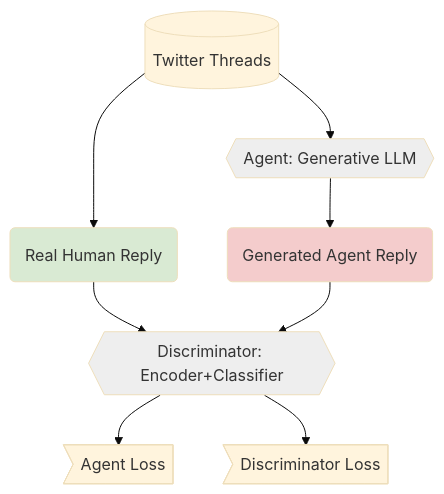
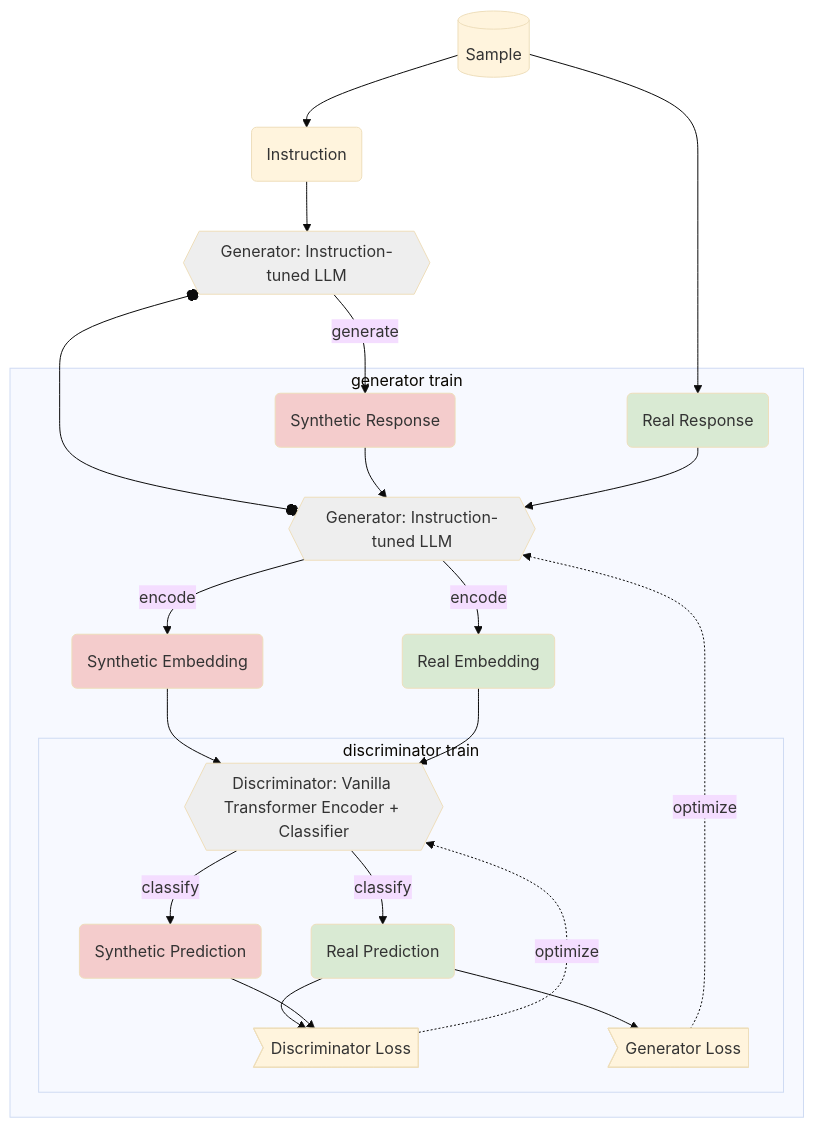
Before and after one commit to simon-muenker/LLM-Reinforcement-GAN: the diagram in README.md, drawn with Mermaid (base theme). The commit also changed 23 other files, not shown here.

````diff
--- a/README.md
+++ b/README.md
@@ -7,20 +7,71 @@
 ```mermaid
 flowchart TD
 
-	A[(Twitter Threads)] --> B{{Agent: Generative LLM}}
-	A --> C(Real Human Reply)
-	B --> D(Generated Agent Reply)
-	C & D --> E{{Discriminator: Encoder+Classifier}}
-	E --> F>Agent Loss]
-	E --> G>Discriminator Loss]
+    data[(Sample)]
+    instruction(Instruction)
+
+    real_response(Real Response)
+    real_embed(Real Embedding)
+    real_prediction(Real Prediction)
+
+    synthetic_response(Synthetic Response)
+    synthetic_embed(Synthetic Embedding)
+    synthetic_prediction(Synthetic Prediction)
+
+    generator{{Generator: Instruction-tuned LLM}}
+    generator_link{{Generator: Instruction-tuned LLM}}
+    generator o--o generator_link
+
+    discriminator{{Discriminator: Vanilla Transformer Encoder + Classifier}}
+
+    loss_discriminator>Discriminator Loss]
+    loss_generator>Generator Loss]
+
+
+	data --> instruction
+    data --> real_response
+
+    instruction --> generator
+	
+    generator -->|generate| synthetic_response
+
+    subgraph train_generator[generator train]
+    
+        synthetic_response --> generator_link
+        real_response --> generator_link
+
+        generator_link -->|encode| synthetic_embed
+        generator_link -->|encode| real_embed
+
+        synthetic_embed & real_embed --> discriminator
+
+        subgraph discriminator train
+            discriminator -->|classify| real_prediction & synthetic_prediction
+
+            real_prediction --> loss_generator
+            real_prediction & synthetic_prediction --> loss_discriminator
+
+            loss_discriminator -.->|optimize| discriminator
+
+            end
+        
+        loss_generator -.->|optimize| generator_link
+    
+    end
+
 
 	classDef model fill:#EEE
-	B:::model
-	E:::model
+	generator:::model
+	discriminator:::model
+    generator_link:::model
 
 	classDef real fill:#d9ead3
-	C:::real
+	real_response:::real
+    real_embed:::real
+    real_prediction:::real
 
 	classDef fake fill:#f4cccc
-	D:::fake
+	synthetic_response:::fake
+    synthetic_embed:::fake
+    synthetic_prediction:::fake
 ```
````
